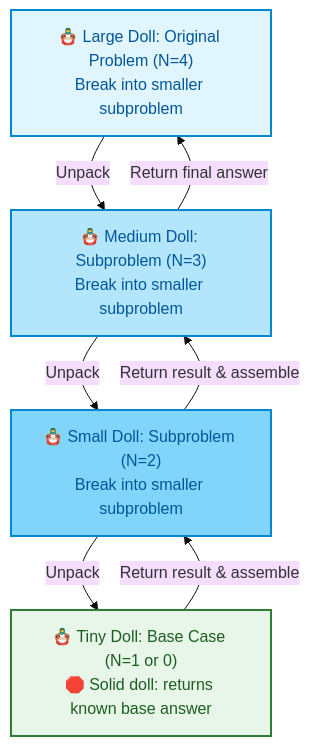
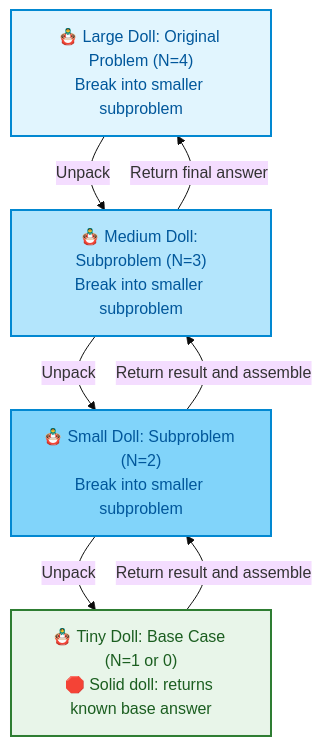
The diagram in week_01_foundations_i_computational_fundamentals/WEEK_01_FULL_PLAYBOOK.md (dip4k/DSA_102), drawn with Mermaid (base theme) before and after one commit. The commit also changed 191 other files, not shown here.

````diff
--- a/week_01_foundations_i_computational_fundamentals/WEEK_01_FULL_PLAYBOOK.md
+++ b/week_01_foundations_i_computational_fundamentals/WEEK_01_FULL_PLAYBOOK.md
@@ -1142,19 +1142,19 @@
 ```mermaid
 flowchart TD
     classDef dollLarge fill:#e1f5fe,stroke:#0288d1,stroke-width:2px,color:#01579b
     classDef dollMed fill:#b3e5fc,stroke:#0288d1,stroke-width:2px,color:#01579b
     classDef dollSmall fill:#81d4fa,stroke:#0288d1,stroke-width:2px,color:#01579b
     classDef baseDoll fill:#e8f5e9,stroke:#2e7d32,stroke-width:2px,color:#1b5e20
 
     D4["🪆 Large Doll: Original Problem (N=4)<br/>Break into smaller subproblem"]:::dollLarge
     D3["🪆 Medium Doll: Subproblem (N=3)<br/>Break into smaller subproblem"]:::dollMed
     D2["🪆 Small Doll: Subproblem (N=2)<br/>Break into smaller subproblem"]:::dollSmall
     D1["🪆 Tiny Doll: Base Case (N=1 or 0)<br/>🛑 Solid doll: returns known base answer"]:::baseDoll
 
     D4 -->|"Unpack"| D3
     D3 -->|"Unpack"| D2
     D2 -->|"Unpack"| D1
-    D1 -->|"Return result & assemble"| D2
-    D2 -->|"Return result & assemble"| D3
+    D1 -->|"Return result and assemble"| D2
+    D2 -->|"Return result and assemble"| D3
     D3 -->|"Return final answer"| D4
 ```
````
